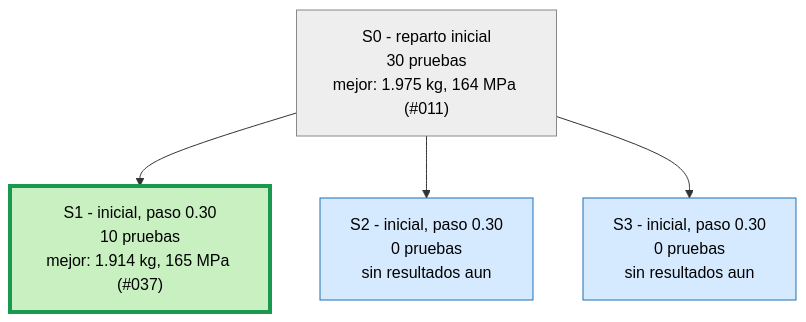
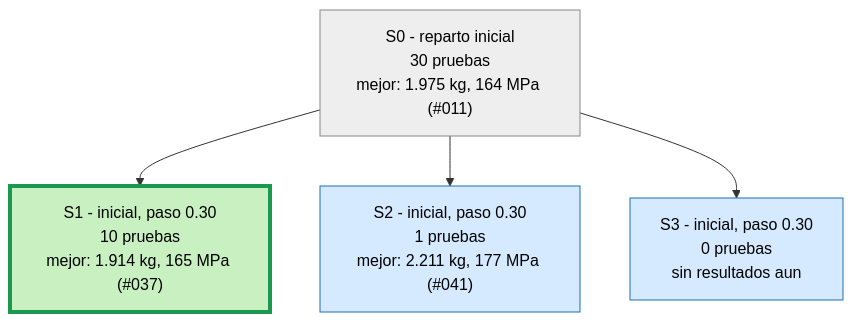
Before and after one commit to Hugiko/msd-soporte-optimizacion: the first of 4 diagrams in runs/opt_37800N/ARBOL.md, drawn with Mermaid. The commit also changed 22 other files, not shown here.

````diff
--- a/runs/opt_37800N/ARBOL.md
+++ b/runs/opt_37800N/ARBOL.md
@@ -9,13 +9,13 @@
 ```mermaid
 graph TD
 classDef activa fill:#d6eaff,stroke:#1f6fb5,color:#000
 classDef fin fill:#eeeeee,stroke:#888,color:#000
 classDef mejor fill:#c8f0c0,stroke:#1a9850,stroke-width:4px,color:#000
 S0["S0 - reparto inicial<br/>30 pruebas<br/>mejor: 1.975 kg, 164 MPa (#011)"]:::fin
 S1["S1 - inicial, paso 0.30<br/>10 pruebas<br/>mejor: 1.914 kg, 165 MPa (#037)"]:::mejor
 S0 --> S1
-S2["S2 - inicial, paso 0.30<br/>0 pruebas<br/>sin resultados aun"]:::activa
+S2["S2 - inicial, paso 0.30<br/>1 pruebas<br/>mejor: 2.211 kg, 177 MPa (#041)"]:::activa
 S0 --> S2
 S3["S3 - inicial, paso 0.30<br/>0 pruebas<br/>sin resultados aun"]:::activa
 S0 --> S3
 ```
````
